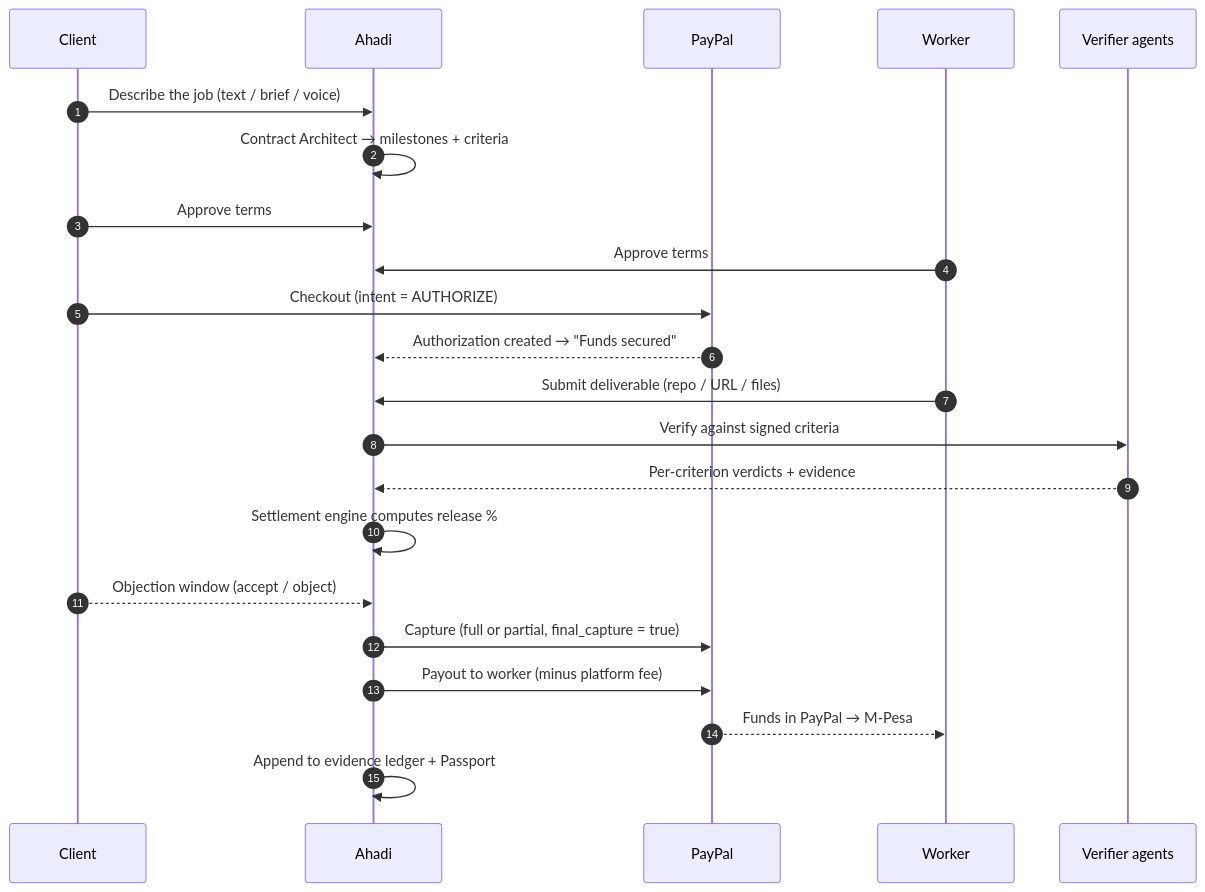
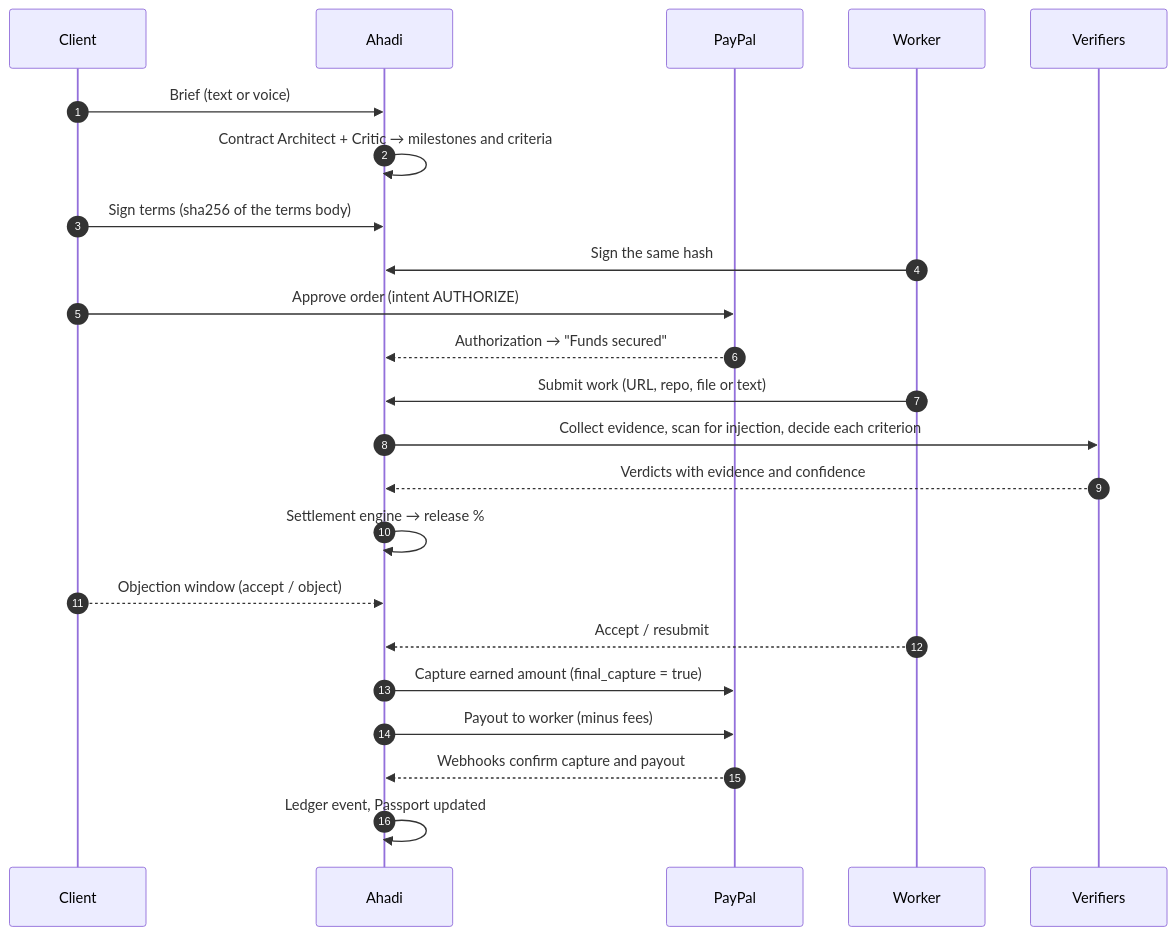
Before and after one commit to JosephNjorog/Ahadi: the first of 2 diagrams in README.md, drawn with Mermaid. The commit also changed other lines of this file, not shown here.

````diff
--- a/README.md
+++ b/README.md
@@ -71,25 +94,26 @@
 ```mermaid
 sequenceDiagram
     autonumber
     participant C as Client
     participant A as Ahadi
     participant P as PayPal
     participant W as Worker
-    participant V as Verifier agents
+    participant V as Verifiers
 
-    C->>A: Describe the job (text / brief / voice)
-    A->>A: Contract Architect → milestones + criteria
-    C->>A: Approve terms
-    W->>A: Approve terms
-    C->>P: Checkout (intent = AUTHORIZE)
-    P-->>A: Authorization created → "Funds secured"
-    W->>A: Submit deliverable (repo / URL / files)
-    A->>V: Verify against signed criteria
-    V-->>A: Per-criterion verdicts + evidence
-    A->>A: Settlement engine computes release %
+    C->>A: Brief (text or voice)
+    A->>A: Contract Architect + Critic → milestones and criteria
+    C->>A: Sign terms (sha256 of the terms body)
+    W->>A: Sign the same hash
+    C->>P: Approve order (intent AUTHORIZE)
+    P-->>A: Authorization → "Funds secured"
+    W->>A: Submit work (URL, repo, file or text)
+    A->>V: Collect evidence, scan for injection, decide each criterion
+    V-->>A: Verdicts with evidence and confidence
+    A->>A: Settlement engine → release %
     C-->>A: Objection window (accept / object)
-    A->>P: Capture (full or partial, final_capture = true)
-    A->>P: Payout to worker (minus platform fee)
-    P-->>W: Funds in PayPal → M-Pesa
-    A->>A: Append to evidence ledger + Passport
+    W-->>A: Accept / resubmit
+    A->>P: Capture earned amount (final_capture = true)
+    A->>P: Payout to worker (minus fees)
+    P-->>A: Webhooks confirm capture and payout
+    A->>A: Ledger event, Passport updated
 ```
````
